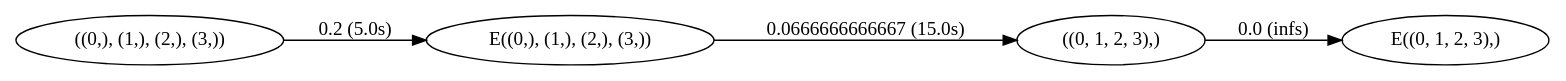
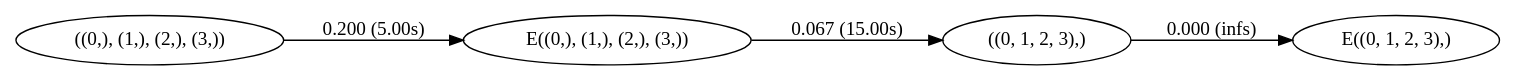
The diagram in result100.gv (scj7t4/NetEmu), drawn with Graphviz before and after one commit. The commit also changed 43 other files, not shown here.

```diff
--- a/result100.gv
+++ b/result100.gv
@@ -1,6 +1,6 @@
 digraph markov_chain { 
 rankdir=LR;
-"((0,), (1,), (2,), (3,))" -> "E((0,), (1,), (2,), (3,))" [ label = "0.2 (5.0s)" ]; 
-"E((0,), (1,), (2,), (3,))" -> "((0, 1, 2, 3),)" [label = "0.0666666666667 (15.0s)" ]; 
-"((0, 1, 2, 3),)" -> "E((0, 1, 2, 3),)" [ label = "0.0 (infs)" ]; 
+"((0,), (1,), (2,), (3,))" -> "E((0,), (1,), (2,), (3,))" [ label = "0.200 (5.00s)" ]; 
+"E((0,), (1,), (2,), (3,))" -> "((0, 1, 2, 3),)" [label = "0.067 (15.00s)" ]; 
+"((0, 1, 2, 3),)" -> "E((0, 1, 2, 3),)" [ label = "0.000 (infs)" ]; 
 }
```
